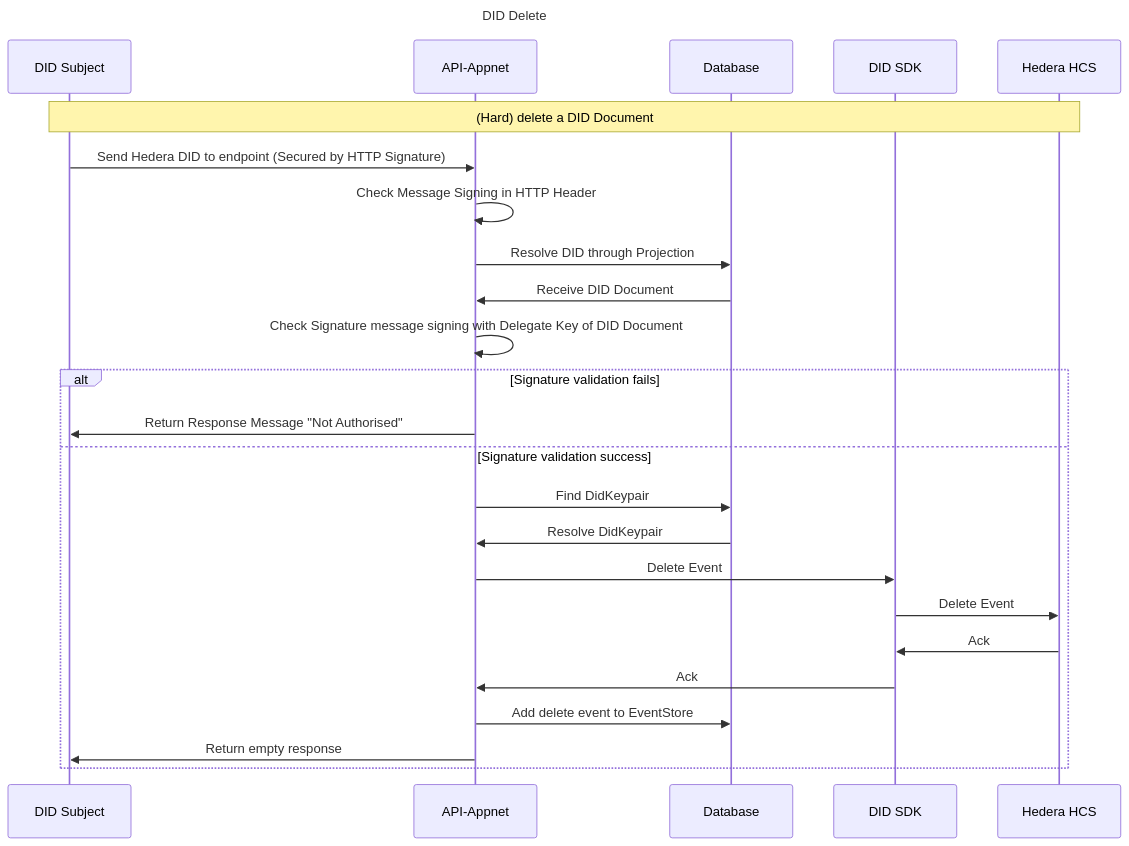
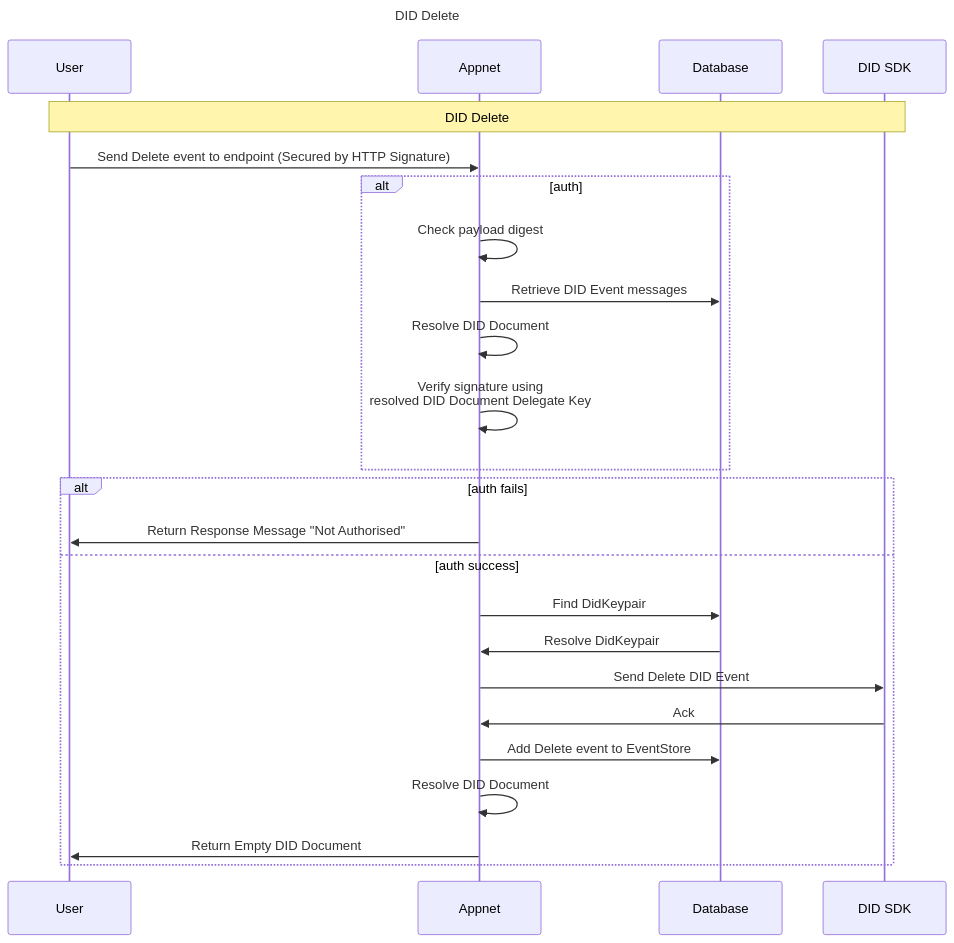
The diagram in documentation/diagrams/did-delete.mmd (Meeco/hedera-did-identity-network), drawn with Mermaid before and after one commit.

```diff
--- a/documentation/diagrams/did-delete.mmd
+++ b/documentation/diagrams/did-delete.mmd
@@ -1,27 +1,27 @@
 sequenceDiagram
 Title: DID Delete
 
-participant Subject as DID Subject
-participant API as API-Appnet
+participant Subject as User
+participant API as Appnet
 participant Database as Database
 participant DIDSDK as DID SDK
-participant HCS as Hedera HCS
 
-note over Subject,HCS: (Hard) delete a DID Document
-Subject ->> API: Send Hedera DID to endpoint (Secured by HTTP Signature)
-API ->> API: Check Message Signing in HTTP Header
-API ->> Database: Resolve DID through Projection
-Database ->> API: Receive DID Document
-API ->> API: Check Signature message signing with Delegate Key of DID Document
-alt Signature validation fails
+note over Subject,DIDSDK: DID Delete
+Subject ->> API: Send Delete event to endpoint (Secured by HTTP Signature)
+alt auth
+API ->> API: Check payload digest
+API ->> Database: Retrieve DID Event messages
+API ->> API: Resolve DID Document
+API ->> API: Verify signature using <br> resolved DID Document Delegate Key
+end 
+alt auth fails
 API ->> Subject: Return Response Message "Not Authorised"
-else Signature validation success
+else auth success
 API ->> Database: Find DidKeypair
 Database ->> API: Resolve DidKeypair
-API ->> DIDSDK: Delete Event
-DIDSDK ->> HCS: Delete Event
-HCS ->> DIDSDK: Ack
+API ->> DIDSDK: Send Delete DID Event
 DIDSDK ->> API: Ack
-API ->> Database: Add delete event to EventStore
-API ->> Subject: Return empty response
+API ->> Database: Add Delete event to EventStore
+API ->> API: Resolve DID Document
+API ->> Subject: Return Empty DID Document
 end
```
